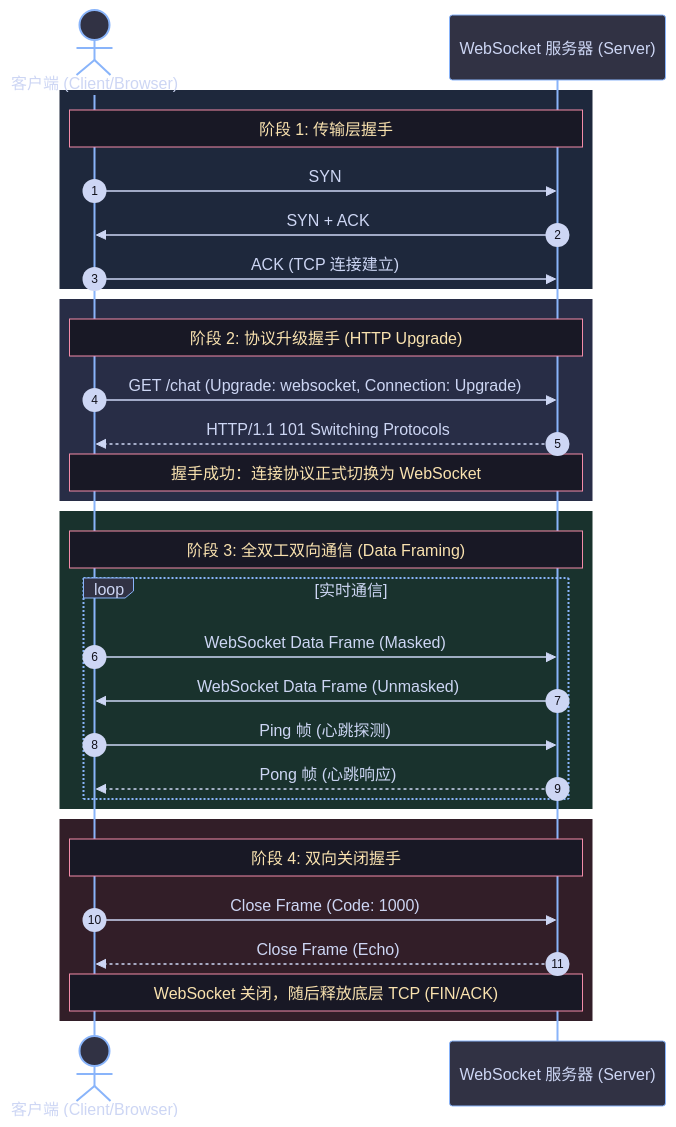
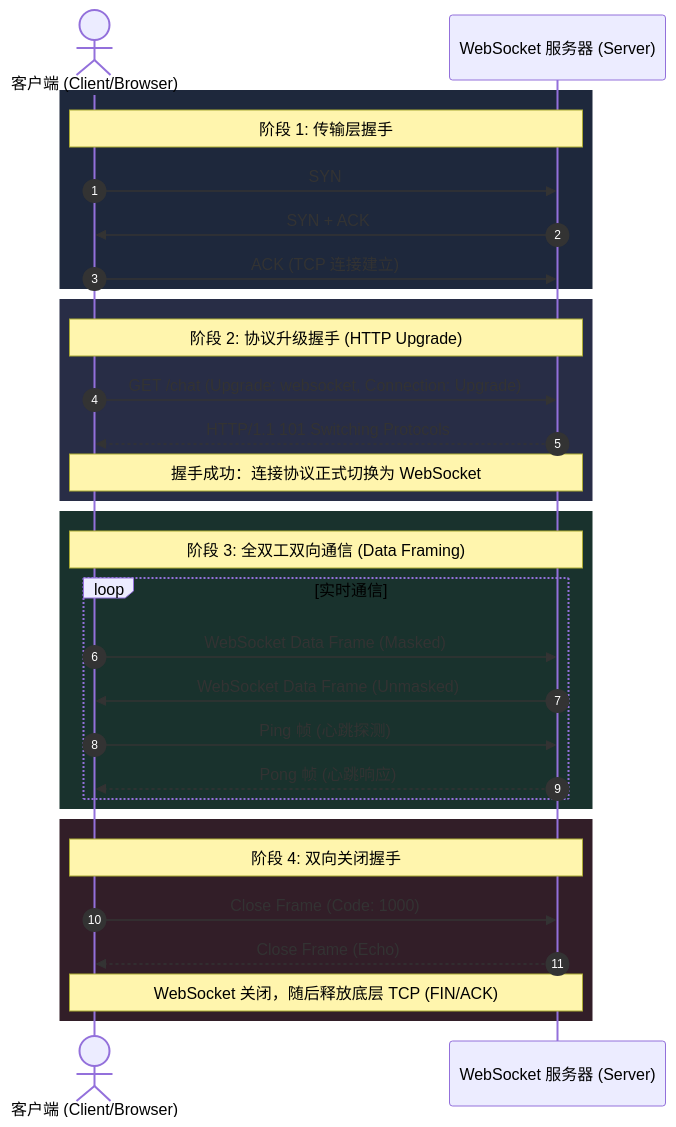
The diagram in source/_posts/2023/2023-06-23_WebSocket详解：实现全双工实时通信.md (teatang/t-blog), drawn with Mermaid before and after one commit. The commit also changed 26 other files, not shown here.

```diff
--- a/source/_posts/2023/2023-06-23_WebSocket详解：实现全双工实时通信.md
+++ b/source/_posts/2023/2023-06-23_WebSocket详解：实现全双工实时通信.md
@@ -52,56 +52,37 @@
 {% mermaid %}
-%%{init: {
-  'theme': 'base',
-  'themeVariables': {
-    'darkMode': true,
-    'background': '#1e1e2e',
-    'primaryColor': '#313244',
-    'primaryTextColor': '#cdd6f4',
-    'primaryBorderColor': '#89b4fa',
-    'lineColor': '#a6adc8',
-    'secondaryColor': '#181825',
-    'tertiaryColor': '#11111b',
-    'noteBkgColor': '#181825',
-    'noteTextColor': '#f9e2af',
-    'noteBorderColor': '#f38ba8',
-    'activationBorderColor': '#89b4fa',
-    'activationBkgColor': '#45475a',
-    'sequenceNumberColor': '#11111b'
-  }
-}}%%
 sequenceDiagram
     autonumber
     actor C as 客户端 (Client/Browser)
     participant S as WebSocket 服务器 (Server)
 
     rect rgb(30, 40, 60)
         Note over C,S: 阶段 1: 传输层握手
         C->>S: SYN
         S->>C: SYN + ACK
         C->>S: ACK (TCP 连接建立)
     end
 
     rect rgb(40, 45, 70)
         Note over C,S: 阶段 2: 协议升级握手 (HTTP Upgrade)
         C->>S: GET /chat (Upgrade: websocket, Connection: Upgrade)
         S-->>C: HTTP/1.1 101 Switching Protocols
         Note over C,S: 握手成功：连接协议正式切换为 WebSocket
     end
 
     rect rgb(25, 50, 45)
         Note over C,S: 阶段 3: 全双工双向通信 (Data Framing)
         loop 实时通信
             C->>S: WebSocket Data Frame (Masked)
             S->>C: WebSocket Data Frame (Unmasked)
             C->>S: Ping 帧 (心跳探测)
             S-->>C: Pong 帧 (心跳响应)
         end
     end
 
     rect rgb(50, 30, 40)
         Note over C,S: 阶段 4: 双向关闭握手
         C->>S: Close Frame (Code: 1000)
         S-->>C: Close Frame (Echo)
         Note over C,S: WebSocket 关闭，随后释放底层 TCP (FIN/ACK)
     end
 {% endmermaid %}
```
